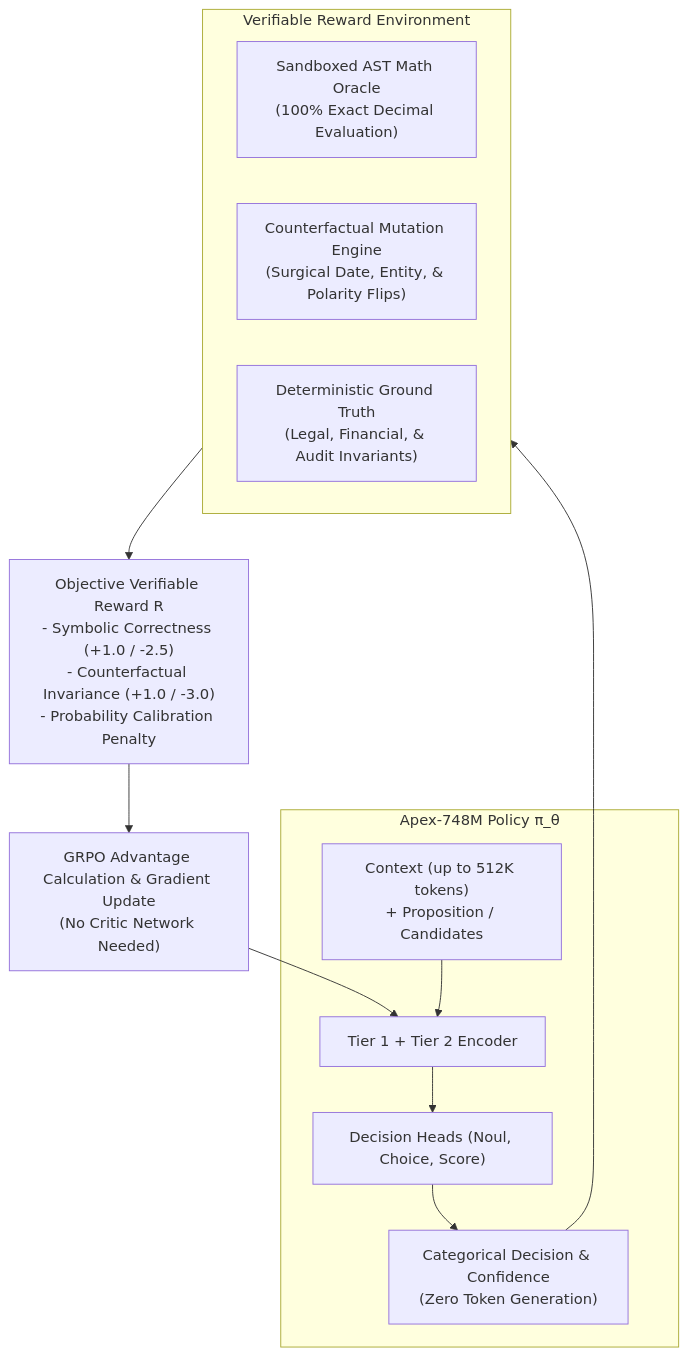
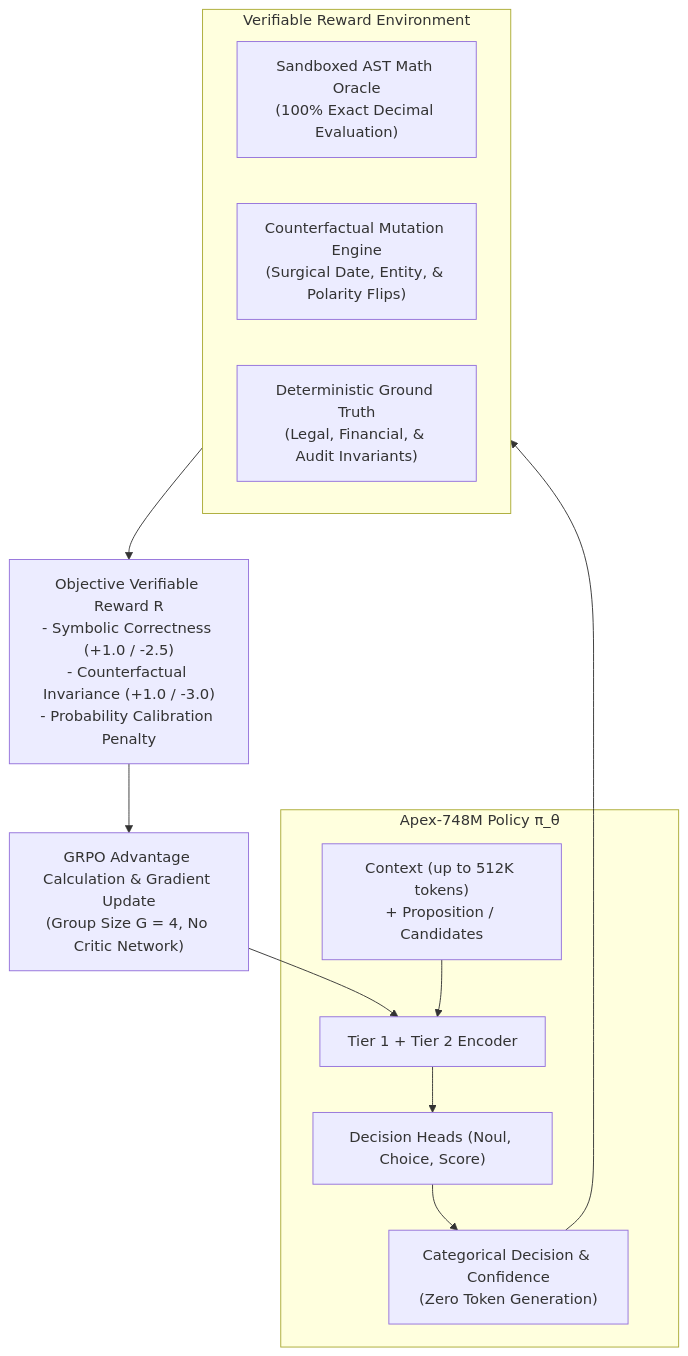
The diagram in docs/APEX_750M_SPECIFICATION.md (Raj1232309/apex-decision), drawn with Mermaid before and after one commit. The commit also changed other lines of this file, not shown here.

Commit message:
docs: address RLVR review with SFT warmup phase, G=4 GRPO compute multiplier, calibration separation, and constant ordering

````diff
--- a/docs/APEX_750M_SPECIFICATION.md
+++ b/docs/APEX_750M_SPECIFICATION.md
@@ -307,19 +307,19 @@
 ```mermaid
 flowchart TD
     subgraph Env ["Verifiable Reward Environment"]
         AST["Sandboxed AST Math Oracle\n(100% Exact Decimal Evaluation)"]
         CF["Counterfactual Mutation Engine\n(Surgical Date, Entity, & Polarity Flips)"]
         Truth["Deterministic Ground Truth\n(Legal, Financial, & Audit Invariants)"]
     end
 
     subgraph Agent ["Apex-748M Policy π_θ"]
         Doc["Context (up to 512K tokens)\n+ Proposition / Candidates"] --> Enc["Tier 1 + Tier 2 Encoder"]
         Enc --> Heads["Decision Heads (Noul, Choice, Score)"]
         Heads --> Decision["Categorical Decision & Confidence\n(Zero Token Generation)"]
     end
 
     Decision --> Env
     Env --> Reward["Objective Verifiable Reward R\n- Symbolic Correctness (+1.0 / -2.5)\n- Counterfactual Invariance (+1.0 / -3.0)\n- Probability Calibration Penalty"]
-    Reward --> PolicyGrad["GRPO Advantage Calculation & Gradient Update\n(No Critic Network Needed)"]
+    Reward --> PolicyGrad["GRPO Advantage Calculation & Gradient Update\n(Group Size G = 4, No Critic Network)"]
     PolicyGrad --> Enc
 ```
````
